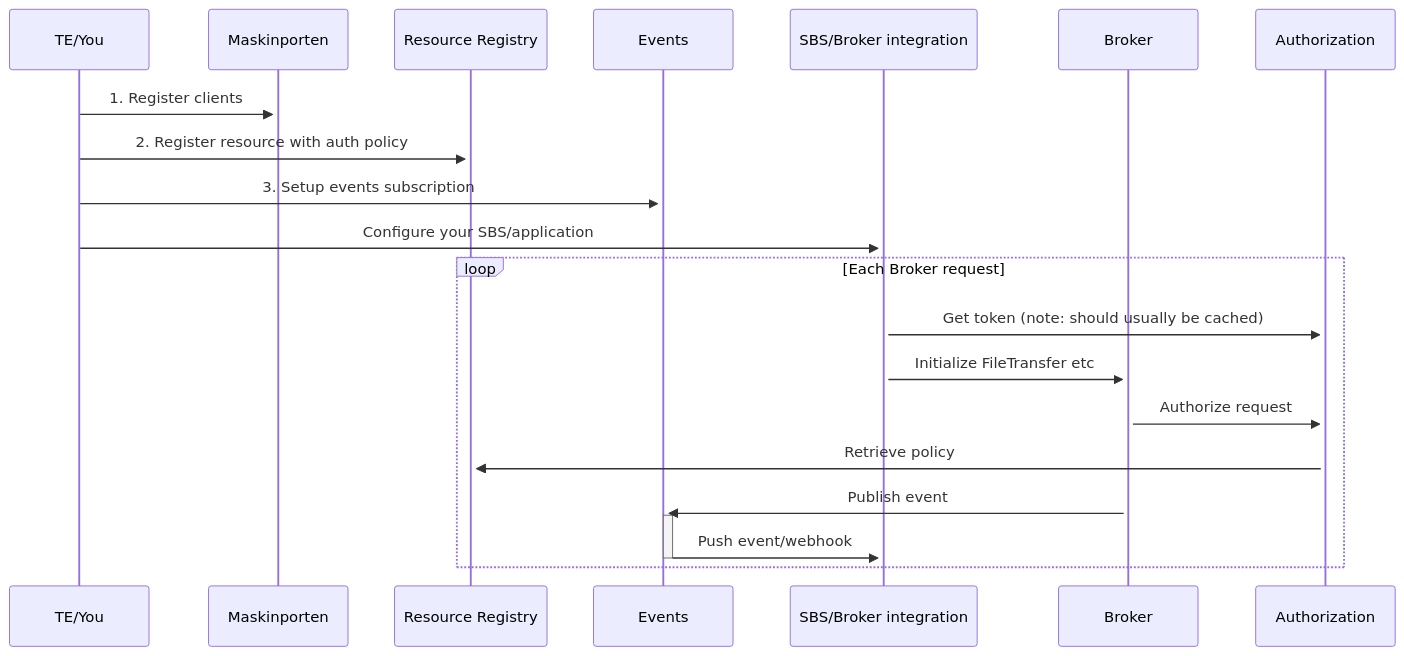
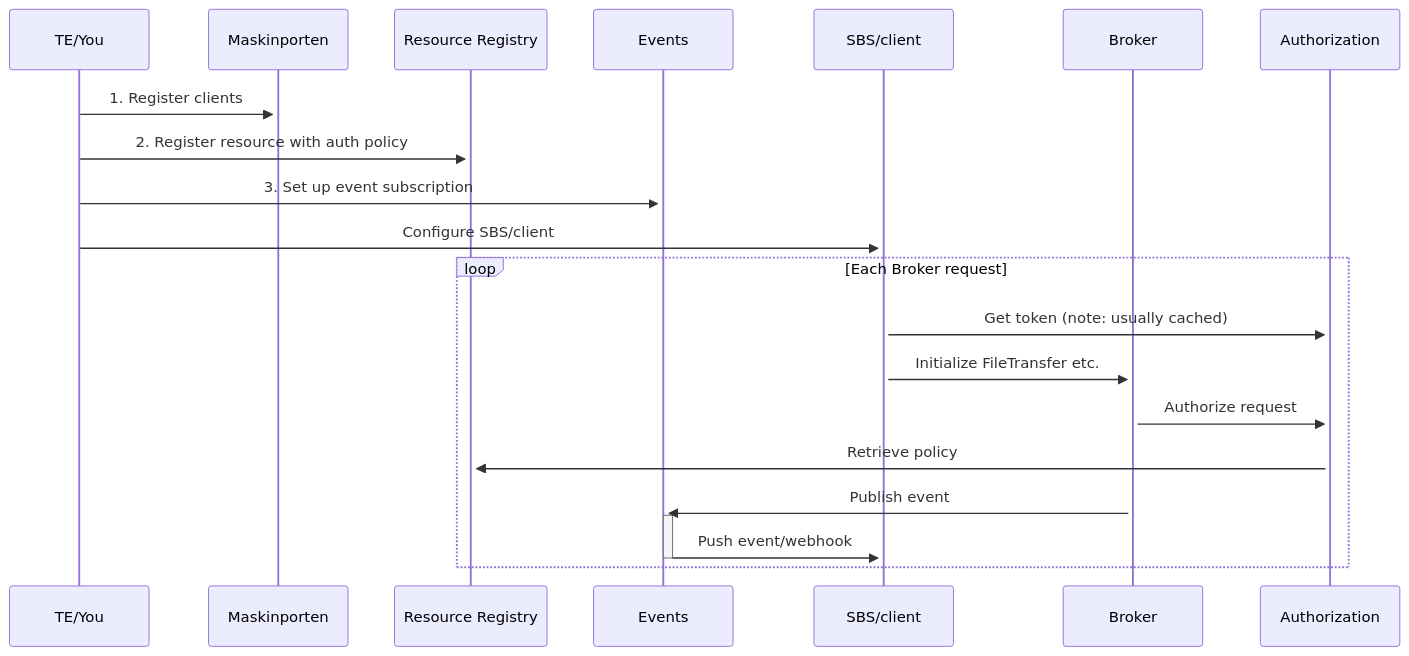
The diagram in docs/get-started.md (Altinn/altinn-broker), drawn with Mermaid before and after one commit. The commit also changed other lines of this file, not shown here.

````diff
--- a/docs/get-started.md
+++ b/docs/get-started.md
@@ -5,23 +5,23 @@
 ```mermaid
 sequenceDiagram
     participant TE as TE/You
     participant Maskinporten as Maskinporten
     participant ResourceRegistry as Resource Registry
     participant Events as Events
-    participant SBS as SBS/Broker integration
+    participant SBS as SBS/client
     participant Broker as Broker
     participant Authorization as Authorization
 
     TE->>+Maskinporten: 1. Register clients
     TE->>+ResourceRegistry: 2. Register resource with auth policy
-    TE->>+Events: 3. Setup events subscription
-    TE->>+SBS: Configure your SBS/application
+    TE->>+Events: 3. Set up event subscription
+    TE->>+SBS: Configure SBS/client
     loop Each Broker request
-        SBS->>+Authorization: Get token (note: should usually be cached)
-        SBS->>+Broker: Initialize FileTransfer etc
+        SBS->>+Authorization: Get token (note: usually cached)
+        SBS->>+Broker: Initialize FileTransfer etc.
         Broker->>+Authorization: Authorize request
         Authorization->>+ResourceRegistry: Retrieve policy
         Broker->>+Events: Publish event
         Events->>-SBS: Push event/webhook
     end
 ```
````
